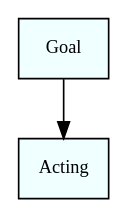
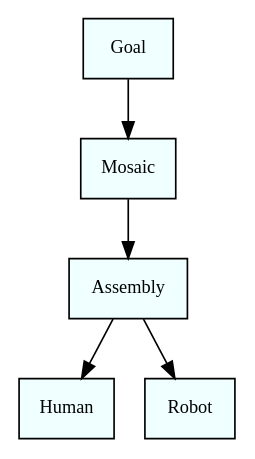
Before and after one commit to pstlab/roxanne_rosjava: the diagram in dependency_graph.dot, drawn with Graphviz. The commit also changed 14 other files, not shown here.

```diff
--- a/dependency_graph.dot
+++ b/dependency_graph.dot
@@ -1,5 +1,5 @@
 digraph dependency_graph {
 	rankdir=TB;
 	node [fontsize=11, style=filled, fillcolor=azure, shape = box]
-	Goal -> Acting
+	Assembly -> Human	Mosaic -> Assembly	Goal -> Mosaic	Assembly -> Robot
 }
```
